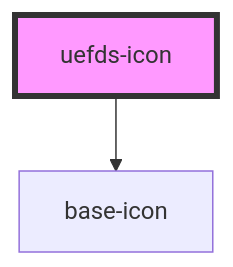
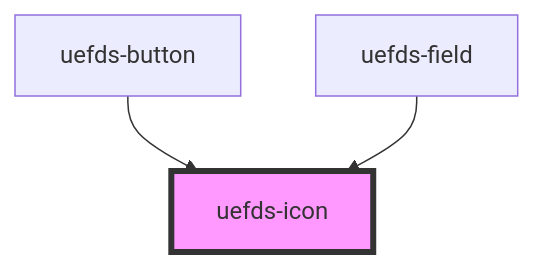
One commit to roboncode/stencil-starter-monorepo changed the diagram in packages/components/core-next/src/components/uefds-icon/readme.md. Above: the diagram before and after it, drawn with Mermaid. The commit also changed other lines of this file and 49 other files, not shown here.

````diff
--- a/packages/components/core-next/src/components/uefds-icon/readme.md
+++ b/packages/components/core-next/src/components/uefds-icon/readme.md
@@ -23,5 +24,6 @@
 ```mermaid
 graph TD;
-  uefds-icon --> base-icon
+  uefds-button --> uefds-icon
+  uefds-field --> uefds-icon
   style uefds-icon fill:#f9f,stroke:#333,stroke-width:4px
 ```
````
